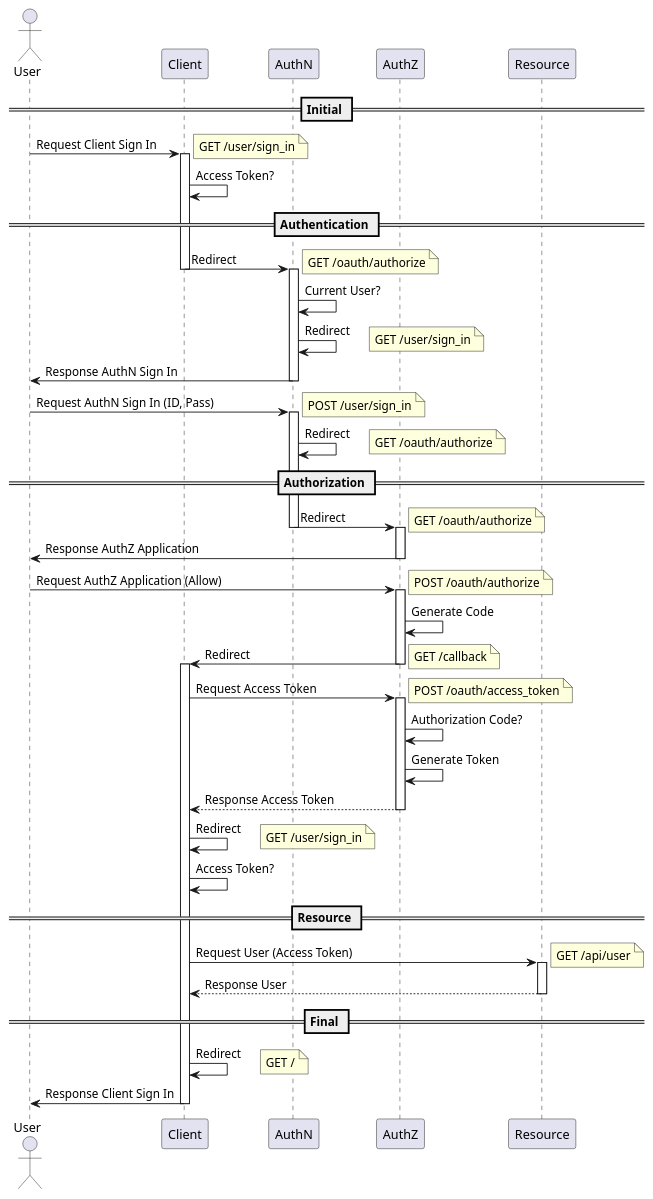
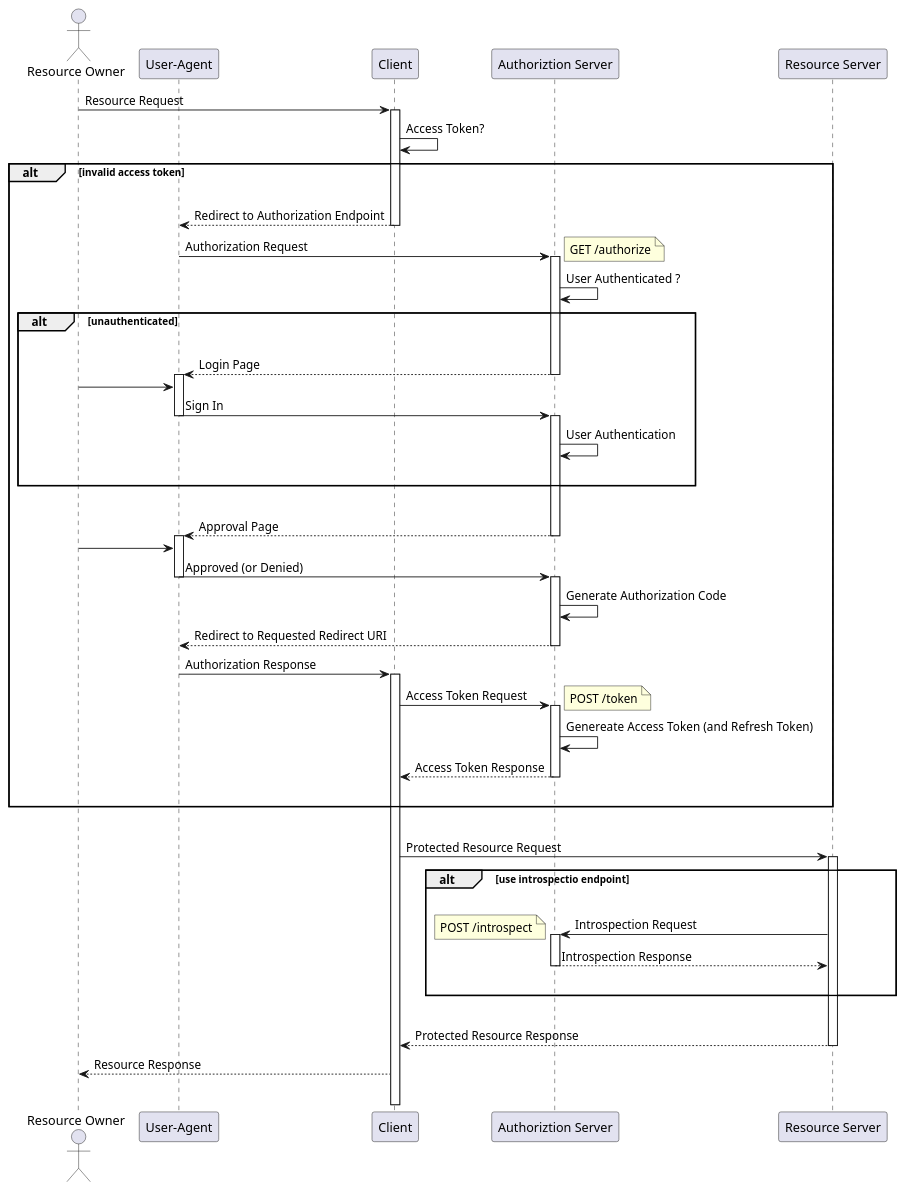
Before and after one commit to yusukemtd/memo: the diagram in OAuth/imagas/puml/OAuth_authz-code-flow.puml, drawn with PlantUML. The commit also changed 1 other file, not shown here.

Commit message:
Update authz-code-flow image

```diff
--- a/OAuth/imagas/puml/OAuth_authz-code-flow.puml
+++ b/OAuth/imagas/puml/OAuth_authz-code-flow.puml
@@ -1,86 +1,87 @@
 @startuml authz-code-flow
 
-actor User
+actor "Resource Owner" as user
+participant "User-Agent" as ua
+participant "Client" as client
+participant "Authoriztion Server" as authz
+participant "Resource Server" as resource
 
-== Initial ==
+user -> client : Resource Request
+activate client
 
-User -> Client : Request Client Sign In
-note right : GET /user/sign_in
+client -> client : Access Token?
 
-activate Client
-Client -> Client : Access Token?
+alt invalid access token
+  |||
+  ua <-- client : Redirect to Authorization Endpoint
+  deactivate client
 
-== Authentication ==
+  ua -> authz : Authorization Request
+  note right : GET /authorize
+  activate authz
 
-Client -> AuthN : Redirect
-note right : GET /oauth/authorize
-deactivate Client
+  authz -> authz : User Authenticated ?
 
-activate AuthN
-AuthN -> AuthN : Current User?
-AuthN -> AuthN : Redirect
-note right : GET /user/sign_in
-User <- AuthN : Response AuthN Sign In
-deactivate AuthN
+  alt unauthenticated
+    |||
+    ua <-- authz : Login Page
+    deactivate authz
+    activate ua
 
-User -> AuthN : Request AuthN Sign In (ID, Pass)
+    user -> ua
+    ua -> authz : Sign In
+    deactivate ua
+    activate authz
 
-activate AuthN
-note right : POST /user/sign_in
-AuthN -> AuthN : Redirect
-note right : GET /oauth/authorize
+    authz -> authz : User Authentication
+    |||
+  end
+  |||
+  ua <-- authz : Approval Page
+  deactivate authz
+  activate ua
 
-== Authorization ==
+  user -> ua
+  ua -> authz : Approved (or Denied)
+  deactivate ua
+  activate authz
 
-AuthN -> AuthZ : Redirect
-note right : GET /oauth/authorize
-deactivate AuthN
+  authz -> authz : Generate Authorization Code
 
-activate AuthZ
-User <- AuthZ : Response AuthZ Application
-deactivate AuthZ
+  ua <-- authz : Redirect to Requested Redirect URI
+  deactivate authz
 
-User -> AuthZ : Request AuthZ Application (Allow)
-note right : POST /oauth/authorize
+  ua -> client : Authorization Response
+  activate client
 
-activate AuthZ
-AuthZ -> AuthZ : Generate Code
+  client -> authz : Access Token Request
+  note right : POST /token
+  activate authz
 
-Client <- AuthZ : Redirect
-note right : GET /callback
-deactivate AuthZ
+  authz -> authz : Genereate Access Token (and Refresh Token)
 
-activate Client
-Client -> AuthZ : Request Access Token
-note right : POST /oauth/access_token
+  client <-- authz : Access Token Response
+  deactivate authz
+  |||
+end
+|||
+client -> resource : Protected Resource Request
+activate resource
 
-activate AuthZ
-AuthZ -> AuthZ : Authorization Code?
-AuthZ -> AuthZ : Generate Token
+alt use introspectio endpoint
+  |||
+  authz <- resource : Introspection Request
+  note left : POST /introspect
+  activate authz
 
-Client <-- AuthZ : Response Access Token
-deactivate AuthZ
+  authz --> resource : Introspection Response
+  deactivate authz
+  |||
+end
+|||
+client <-- resource : Protected Resource Response
+deactivate resource
 
-Client -> Client : Redirect
-note right : GET /user/sign_in
-
-Client -> Client : Access Token?
-
-== Resource ==
-
-Client -> Resource : Request User (Access Token)
-note right : GET /api/user
-
-activate Resource
-Client <-- Resource : Response User
-deactivate Resource
-
-== Final ==
-
-Client -> Client : Redirect
-note right : GET /
-
-User <- Client : Response Client Sign In
-deactivate Client
-
+user <-- client : Resource Response
+|||
 @enduml authz-code-flow
```
